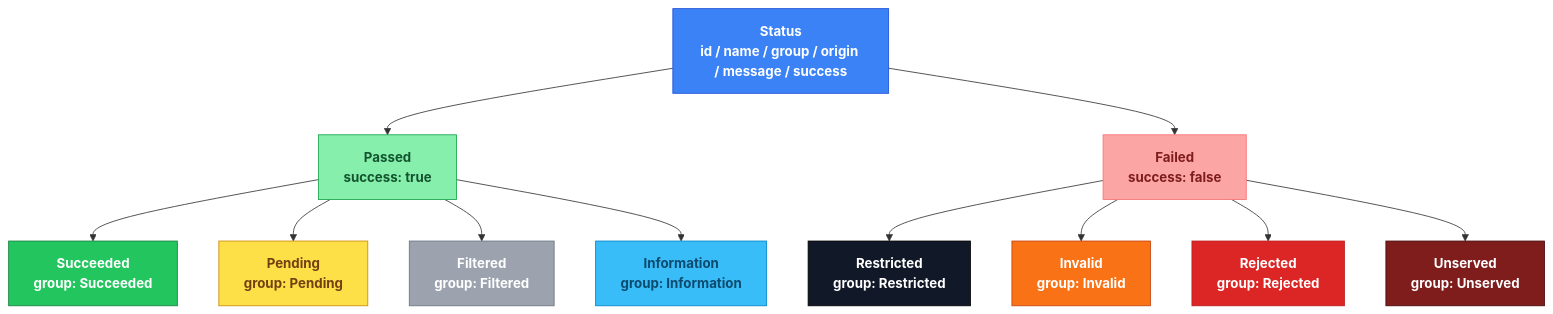
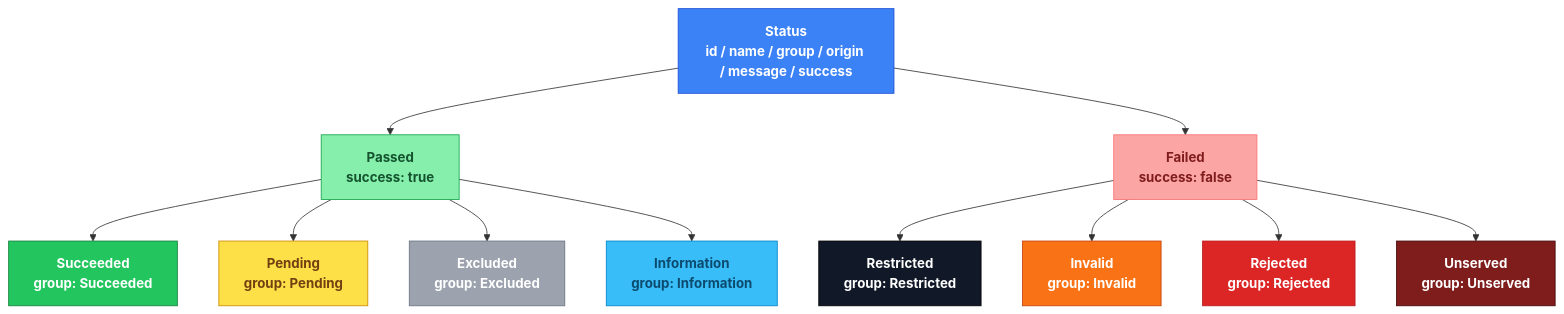
The diagram in README.md (slatekit/kiit-codes), drawn with Mermaid before and after one commit. The commit also changed other lines of this file and 4 other files, not shown here.

````diff
--- a/README.md
+++ b/README.md
@@ -179,40 +179,40 @@
 ```mermaid
 graph TD
     classDef statusNode        fill:#3b82f6,stroke:#1d4ed8,color:#ffffff,font-weight:bold
     classDef passedNode        fill:#86efac,stroke:#16a34a,color:#14532d,font-weight:bold
     classDef succeededNode     fill:#22c55e,stroke:#15803d,color:#ffffff,font-weight:bold
     classDef pendingNode       fill:#fde047,stroke:#ca8a04,color:#713f12,font-weight:bold
-    classDef filteredNode      fill:#9ca3af,stroke:#6b7280,color:#ffffff,font-weight:bold
+    classDef excludedNode      fill:#9ca3af,stroke:#6b7280,color:#ffffff,font-weight:bold
     classDef informationNode   fill:#38bdf8,stroke:#0284c7,color:#0c4a6e,font-weight:bold
     classDef failedNode        fill:#fca5a5,stroke:#f87171,color:#7f1d1d,font-weight:bold
     classDef restrictedNode    fill:#111827,stroke:#000000,color:#ffffff,font-weight:bold
     classDef invalidNode       fill:#f97316,stroke:#c2410c,color:#ffffff,font-weight:bold
     classDef rejectedNode      fill:#dc2626,stroke:#b91c1c,color:#ffffff,font-weight:bold
     classDef unservedNode      fill:#7f1d1d,stroke:#450a0a,color:#ffffff,font-weight:bold
 
     Status["Status<br/>id / name / group / origin / message / success"]:::statusNode
 
     Passed["Passed<br/>success: true"]:::passedNode
     Failed["Failed<br/>success: false"]:::failedNode
 
     Succeeded["Succeeded<br/>group: Succeeded"]:::succeededNode
     Pending["Pending<br/>group: Pending"]:::pendingNode
-    Filtered["Filtered<br/>group: Filtered"]:::filteredNode
+    Excluded["Excluded<br/>group: Excluded"]:::excludedNode
     Information["Information<br/>group: Information"]:::informationNode
 
     Restricted["Restricted<br/>group: Restricted"]:::restrictedNode
     Invalid["Invalid<br/>group: Invalid"]:::invalidNode
     Rejected["Rejected<br/>group: Rejected"]:::rejectedNode
     Unserved["Unserved<br/>group: Unserved"]:::unservedNode
 
     Status --> Passed
     Status --> Failed
     Passed --> Succeeded
     Passed --> Pending
-    Passed --> Filtered
+    Passed --> Excluded
     Passed --> Information
     Failed --> Restricted
     Failed --> Invalid
     Failed --> Rejected
     Failed --> Unserved
 ```
````
